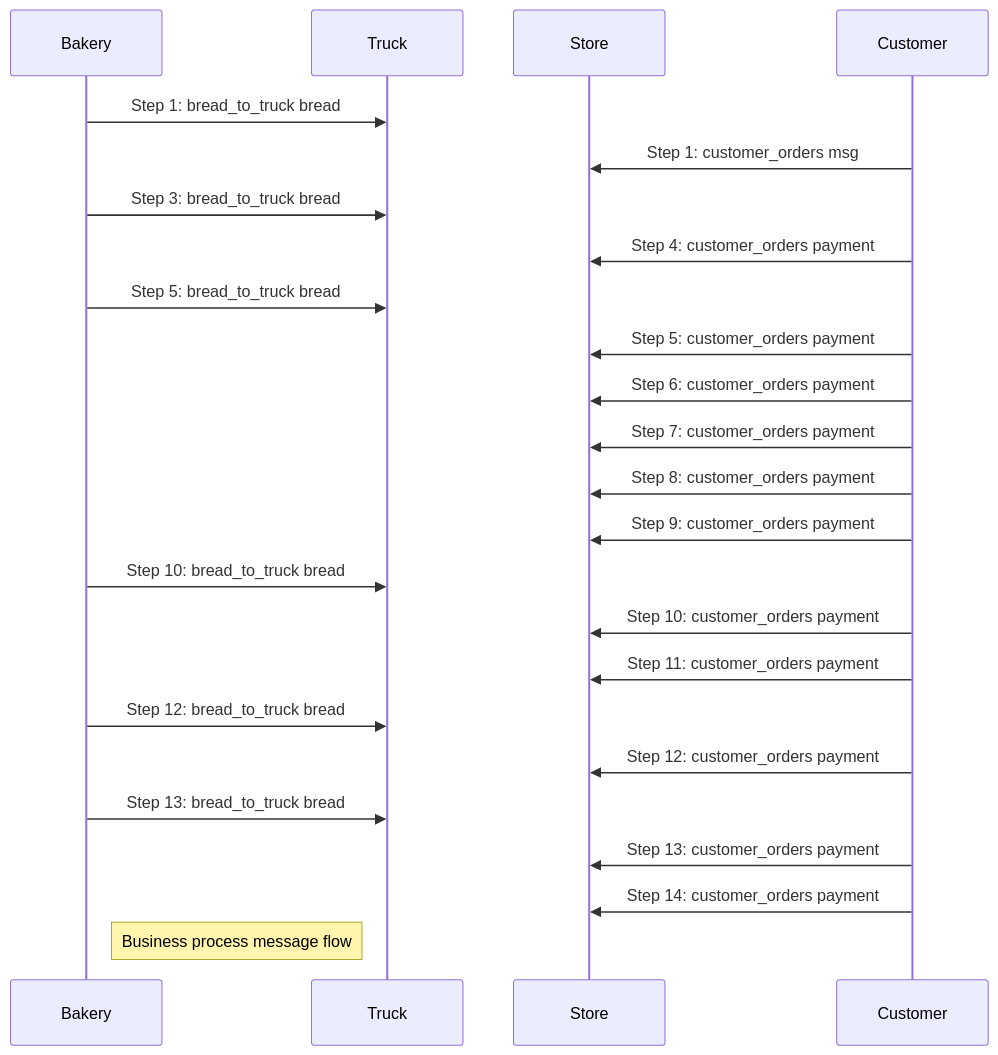
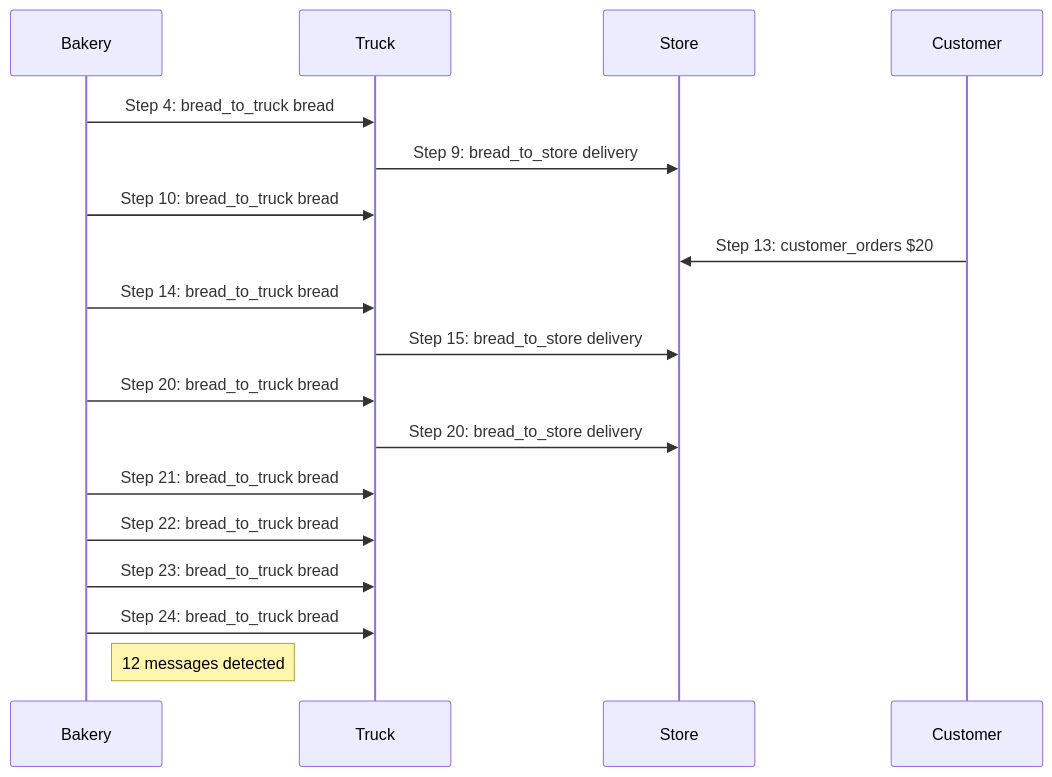
One commit to rfielding/ctl changed the second of 3 diagrams in z3/run.md. Above: the diagram before and after it, drawn with Mermaid. The commit also changed other lines of this file and 1 other file, not shown here.

````diff
--- a/z3/run.md
+++ b/z3/run.md
@@ -405,27 +376,21 @@
 ```mermaid
 sequenceDiagram
     participant Bakery
     participant Truck
     participant Store
     participant Customer
 
-    Bakery->>Truck: Step 1: bread_to_truck bread
-    Customer->>Store: Step 1: customer_orders msg
-    Bakery->>Truck: Step 3: bread_to_truck bread
-    Customer->>Store: Step 4: customer_orders payment
-    Bakery->>Truck: Step 5: bread_to_truck bread
-    Customer->>Store: Step 5: customer_orders payment
-    Customer->>Store: Step 6: customer_orders payment
-    Customer->>Store: Step 7: customer_orders payment
-    Customer->>Store: Step 8: customer_orders payment
-    Customer->>Store: Step 9: customer_orders payment
+    Bakery->>Truck: Step 4: bread_to_truck bread
+    Truck->>Store: Step 9: bread_to_store delivery
     Bakery->>Truck: Step 10: bread_to_truck bread
-    Customer->>Store: Step 10: customer_orders payment
-    Customer->>Store: Step 11: customer_orders payment
-    Bakery->>Truck: Step 12: bread_to_truck bread
-    Customer->>Store: Step 12: customer_orders payment
-    Bakery->>Truck: Step 13: bread_to_truck bread
-    Customer->>Store: Step 13: customer_orders payment
-    Customer->>Store: Step 14: customer_orders payment
-    Note right of Bakery: Business process message flow
+    Customer->>Store: Step 13: customer_orders $20
+    Bakery->>Truck: Step 14: bread_to_truck bread
+    Truck->>Store: Step 15: bread_to_store delivery
+    Bakery->>Truck: Step 20: bread_to_truck bread
+    Truck->>Store: Step 20: bread_to_store delivery
+    Bakery->>Truck: Step 21: bread_to_truck bread
+    Bakery->>Truck: Step 22: bread_to_truck bread
+    Bakery->>Truck: Step 23: bread_to_truck bread
+    Bakery->>Truck: Step 24: bread_to_truck bread
+    Note right of Bakery: 12 messages detected
 ```
````
